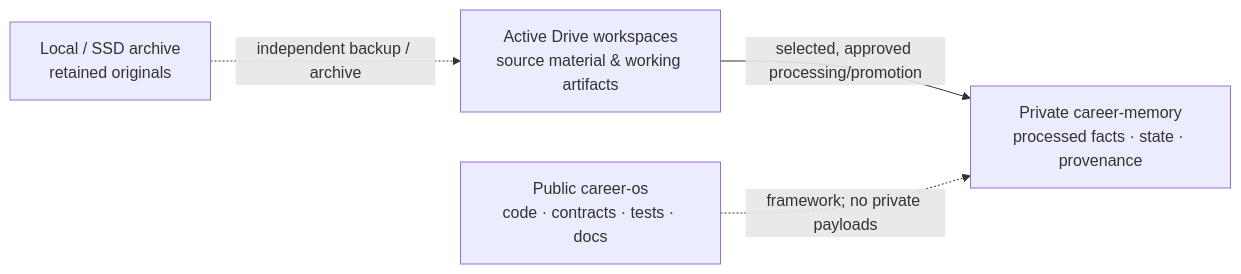
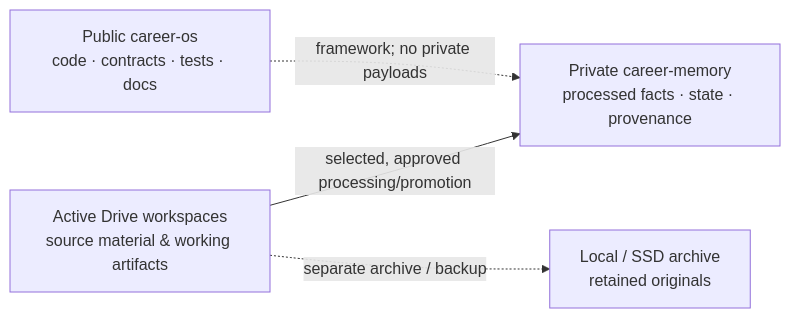
One commit to SoroushHaghi/career-os changed the third of 3 diagrams in README.md. Above: the diagram before and after it, drawn with Mermaid.

Commit message:
docs: correct independent archive direction in storage diagram

````diff
--- a/README.md
+++ b/README.md
@@ -124,10 +124,10 @@
 ```mermaid
 flowchart LR
     PUB["Public career-os<br/>code · contracts · tests · docs"]
     DRIVE["Active Drive workspaces<br/>source material & working artifacts"]
     MEM["Private career-memory<br/>processed facts · state · provenance"]
     LOCAL["Local / SSD archive<br/>retained originals"]
     DRIVE -->|"selected, approved processing/promotion"| MEM
     PUB -.->|"framework; no private payloads"| MEM
-    LOCAL -.->|"independent backup / archive"| DRIVE
+    DRIVE -.->|"separate archive / backup"| LOCAL
 ```
````
